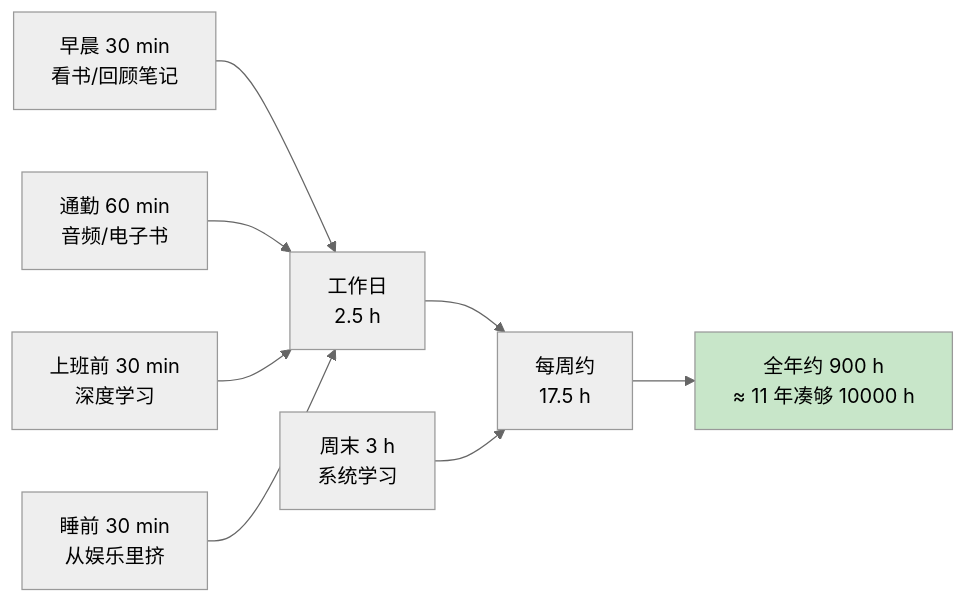
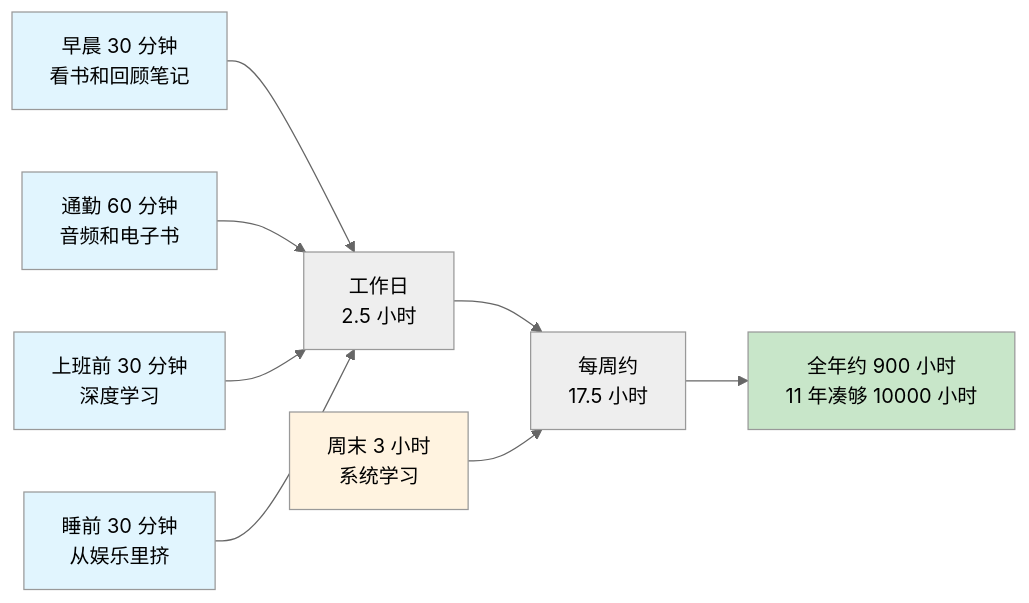
Before and after one commit to chongyang211/YCBookBlog: the third of 5 diagrams in packages/website/11.书籍/04.自我精进·学习/11.用海绵法找时间.md, drawn with Mermaid (neutral theme). The commit also changed other lines of this file and 17 other files, not shown here.

````diff
--- a/packages/website/11.书籍/04.自我精进·学习/11.用海绵法找时间.md
+++ b/packages/website/11.书籍/04.自我精进·学习/11.用海绵法找时间.md
@@ -122,11 +120,16 @@
 ```mermaid
 graph LR
-    A["早晨 30 min<br/>看书/回顾笔记"] --> W[工作日<br/>2.5 h]
-    B["通勤 60 min<br/>音频/电子书"] --> W
-    C["上班前 30 min<br/>深度学习"] --> W
-    D["睡前 30 min<br/>从娱乐里挤"] --> W
-    W --> Wk[每周约<br/>17.5 h]
-    E["周末 3 h<br/>系统学习"] --> Wk
-    Wk --> Y[全年约 900 h<br/>≈ 11 年凑够 10000 h]
+    A["早晨 30 分钟<br/>看书和回顾笔记"] --> W[工作日<br/>2.5 小时]
+    B["通勤 60 分钟<br/>音频和电子书"] --> W
+    C["上班前 30 分钟<br/>深度学习"] --> W
+    D["睡前 30 分钟<br/>从娱乐里挤"] --> W
+    W --> Wk[每周约<br/>17.5 小时]
+    E["周末 3 小时<br/>系统学习"] --> Wk
+    Wk --> Y[全年约 900 小时<br/>11 年凑够 10000 小时]
+    style A fill:#e1f5fe
+    style B fill:#e1f5fe
+    style C fill:#e1f5fe
+    style D fill:#e1f5fe
+    style E fill:#fff3e0
     style Y fill:#c8e6c9
 ```
````
